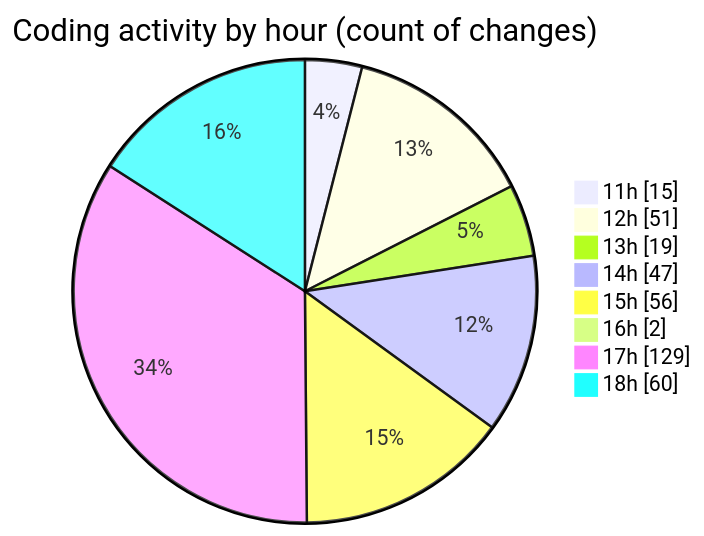
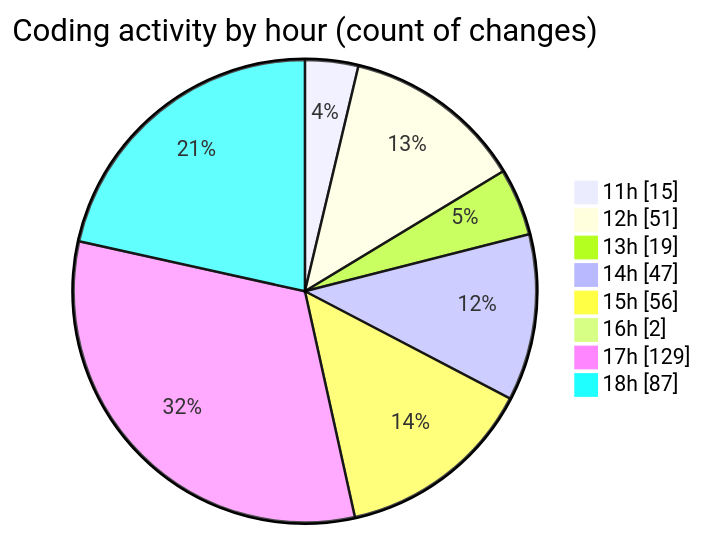
The second of 2 diagrams in 2025-04-15/nxtqube_webapp/README.md (nxtqubesakshisongat/code-tracking), drawn with Mermaid before and after one commit. The commit also changed other lines of this file and 1 other file, not shown here.

````diff
--- a/2025-04-15/nxtqube_webapp/README.md
+++ b/2025-04-15/nxtqube_webapp/README.md
@@ -48,12 +50,12 @@
 ```mermaid
 pie showData
 title Coding activity by hour (count of changes)
 "11h" : 15
 "12h" : 51
 "13h" : 19
 "14h" : 47
 "15h" : 56
 "16h" : 2
 "17h" : 129
-"18h" : 60
+"18h" : 87
 ```
````
